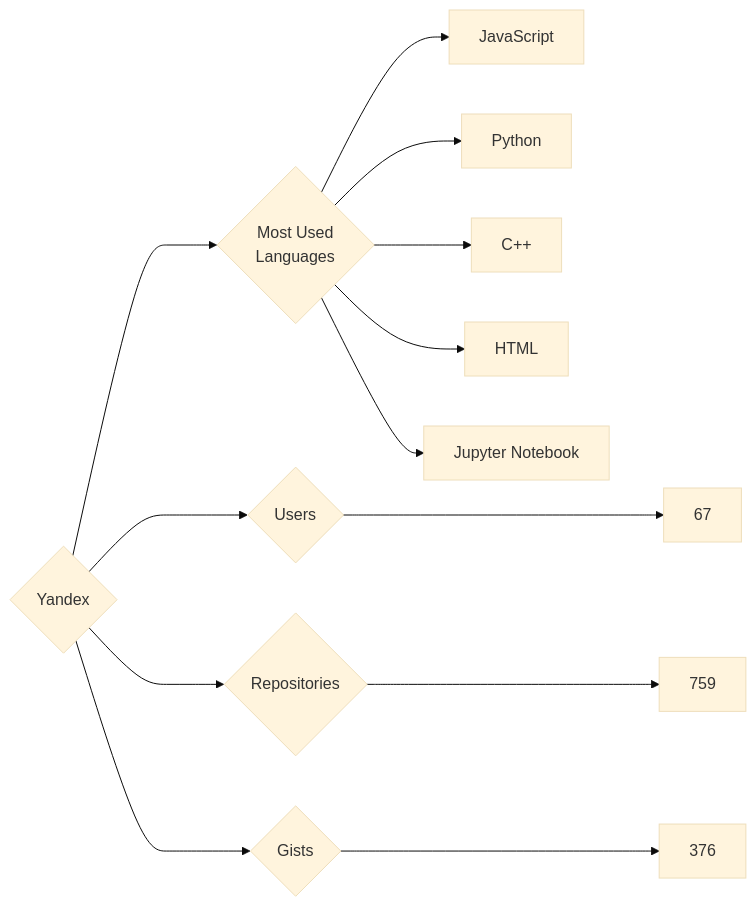
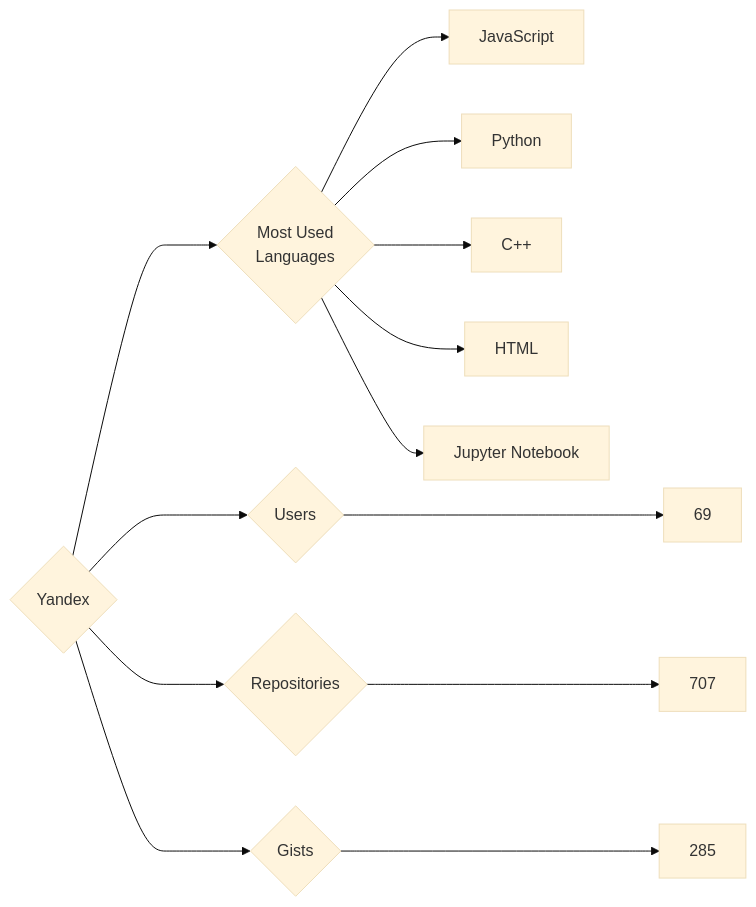
One commit to trickest/insiders changed the diagram in targets/Yandex/README.md. Above: the diagram before and after it, drawn with Mermaid (base theme). The commit also changed 928 other files, not shown here.

````diff
--- a/targets/Yandex/README.md
+++ b/targets/Yandex/README.md
@@ -3,13 +3,13 @@
 ```mermaid
 graph LR
 COMPANY_NAME{Yandex}
-COMPANY_NAME ---> U{Users} ---> UN[67]
-COMPANY_NAME ---> R{Repositories} ---> RN[759]
-COMPANY_NAME ---> G{Gists} ---> GN[376]
+COMPANY_NAME ---> U{Users} ---> UN[69]
+COMPANY_NAME ---> R{Repositories} ---> RN[707]
+COMPANY_NAME ---> G{Gists} ---> GN[285]
 COMPANY_NAME ---> ML{Most Used<br>Languages}
 ML --> JavaScript[JavaScript]
 ML --> Python[Python]
 ML --> C++[C++]
 ML --> HTML[HTML]
 ML --> Jupyter_Notebook[Jupyter Notebook]
 ```
````
